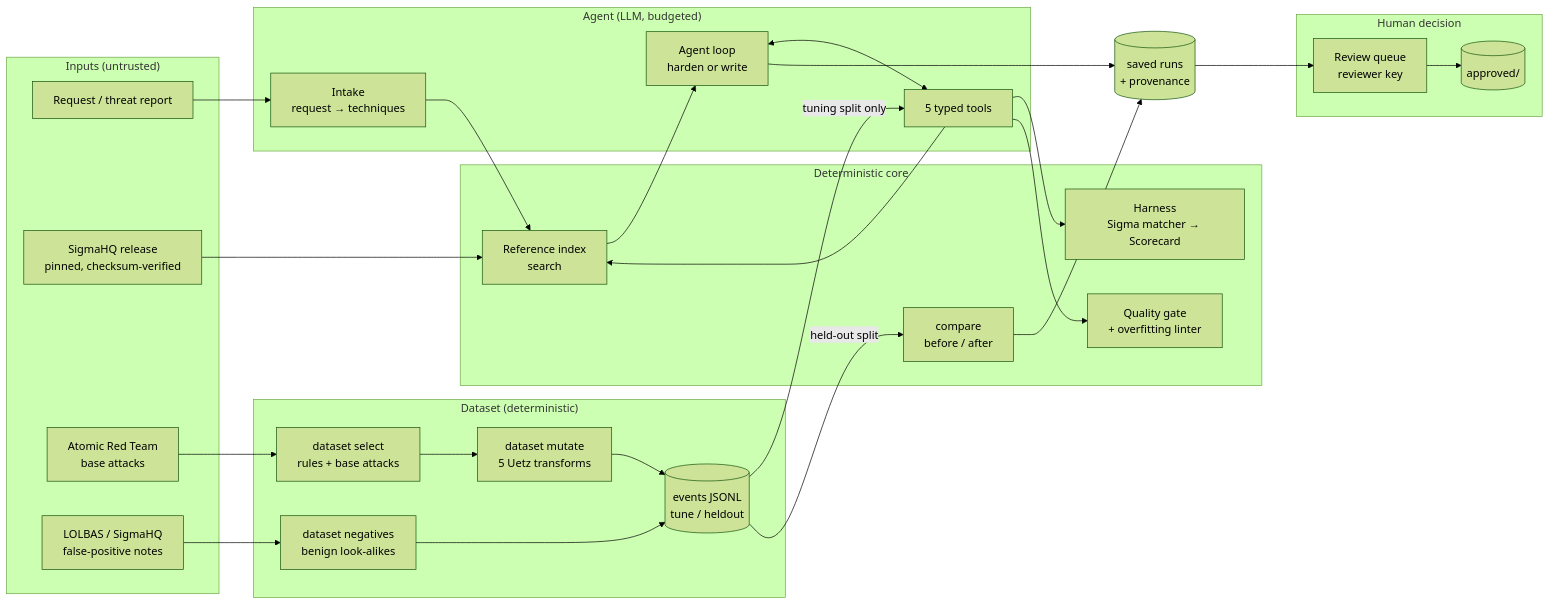
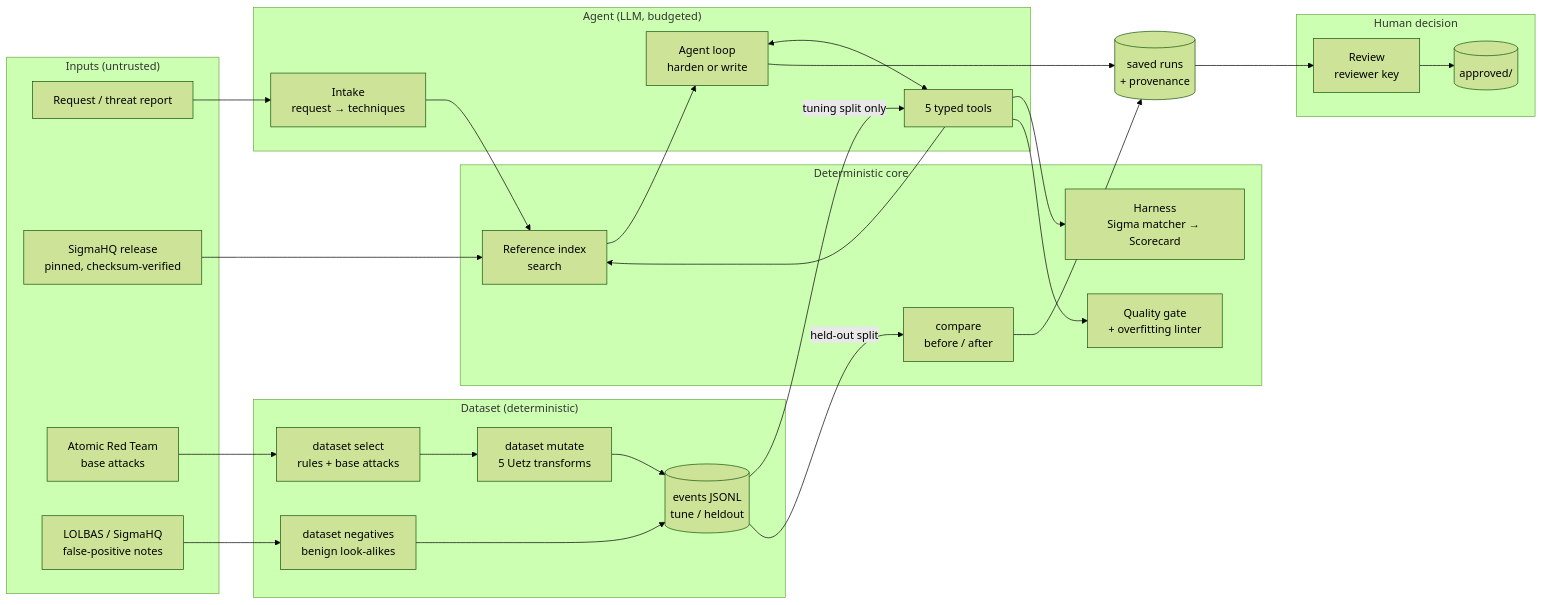
One commit to lauremhsn/detectforge changed the first of 2 diagrams in docs/architecture.md. Above: the diagram before and after it, drawn with Mermaid (forest theme). The commit also changed other lines of this file and 13 other files, not shown here.

````diff
--- a/docs/architecture.md
+++ b/docs/architecture.md
@@ -27,46 +27,46 @@
 ```mermaid
 flowchart LR
     subgraph Inputs["Inputs (untrusted)"]
         REQ[Request / threat report]
         SIG[SigmaHQ release<br/>pinned, checksum-verified]
         ART[Atomic Red Team<br/>base attacks]
         LOL[LOLBAS / SigmaHQ<br/>false-positive notes]
     end
 
     subgraph Data["Dataset (deterministic)"]
         SEL[dataset select<br/>rules + base attacks]
         MUT[dataset mutate<br/>5 Uetz transforms]
         NEG[dataset negatives<br/>benign look-alikes]
         EV[(events JSONL<br/>tune / heldout)]
     end
 
     subgraph Core["Deterministic core"]
         IDX[Reference index<br/>search]
         HAR[Harness<br/>Sigma matcher → Scorecard]
         CMP[compare<br/>before / after]
         GATE[Quality gate<br/>+ overfitting linter]
     end
 
     subgraph Agent["Agent (LLM, budgeted)"]
         INT[Intake<br/>request → techniques]
         LOOP[Agent loop<br/>harden or write]
         TOOLS[5 typed tools]
     end
 
     subgraph Human["Human decision"]
-        REV[Review queue<br/>reviewer key]
+        REV[Review<br/>reviewer key]
         APP[(approved/)]
     end
 
     REQ --> INT --> IDX
     SIG --> IDX
     ART --> SEL --> MUT --> EV
     LOL --> NEG --> EV
     IDX --> LOOP
     LOOP <--> TOOLS
     TOOLS --> HAR & GATE & IDX
     EV -- tuning split only --> TOOLS
     LOOP --> RUNS[(saved runs<br/>+ provenance)]
     EV -- held-out split --> CMP --> RUNS
     RUNS --> REV --> APP
 ```
````
